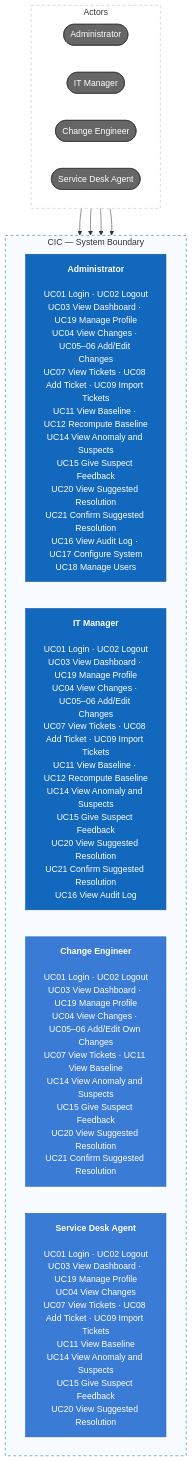
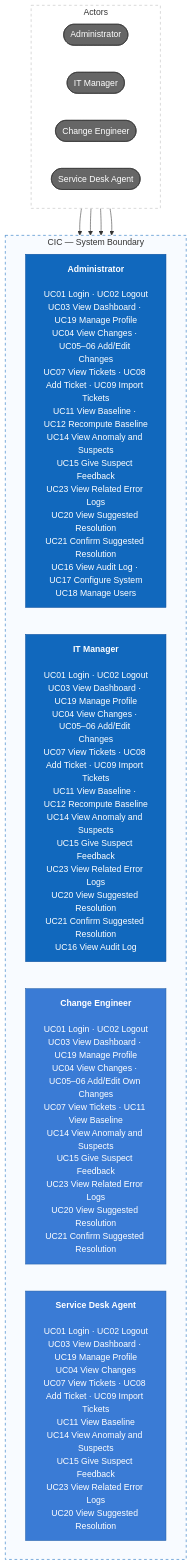
The first of 3 diagrams in README.md (DuykoNgu/practise), drawn with Mermaid before and after one commit. The commit also changed other lines of this file and 7 other files, not shown here.

First line of the commit message:
Bring error-log analysis into V1: scope, features, use cases, stories, IA, API

````diff
--- a/README.md
+++ b/README.md
@@ -47,32 +48,32 @@
 ```mermaid
 flowchart TB
     subgraph roles["Actors"]
         direction LR
         admin(["Administrator"])
         manager(["IT Manager"])
         engineer(["Change Engineer"])
         agent(["Service Desk Agent"])
     end
 
     subgraph system["CIC — System Boundary"]
         direction LR
-        adminCases["<b>Administrator</b><br/><br/>UC01 Login · UC02 Logout<br/>UC03 View Dashboard · UC19 Manage Profile<br/>UC04 View Changes · UC05–06 Add/Edit Changes<br/>UC07 View Tickets · UC08 Add Ticket · UC09 Import Tickets<br/>UC11 View Baseline · UC12 Recompute Baseline<br/>UC14 View Anomaly and Suspects<br/>UC15 Give Suspect Feedback<br/>UC20 View Suggested Resolution<br/>UC21 Confirm Suggested Resolution<br/>UC16 View Audit Log · UC17 Configure System<br/>UC18 Manage Users"]
-        managerCases["<b>IT Manager</b><br/><br/>UC01 Login · UC02 Logout<br/>UC03 View Dashboard · UC19 Manage Profile<br/>UC04 View Changes · UC05–06 Add/Edit Changes<br/>UC07 View Tickets · UC08 Add Ticket · UC09 Import Tickets<br/>UC11 View Baseline · UC12 Recompute Baseline<br/>UC14 View Anomaly and Suspects<br/>UC15 Give Suspect Feedback<br/>UC20 View Suggested Resolution<br/>UC21 Confirm Suggested Resolution<br/>UC16 View Audit Log"]
-        engineerCases["<b>Change Engineer</b><br/><br/>UC01 Login · UC02 Logout<br/>UC03 View Dashboard · UC19 Manage Profile<br/>UC04 View Changes · UC05–06 Add/Edit Own Changes<br/>UC07 View Tickets · UC11 View Baseline<br/>UC14 View Anomaly and Suspects<br/>UC15 Give Suspect Feedback<br/>UC20 View Suggested Resolution<br/>UC21 Confirm Suggested Resolution"]
-        agentCases["<b>Service Desk Agent</b><br/><br/>UC01 Login · UC02 Logout<br/>UC03 View Dashboard · UC19 Manage Profile<br/>UC04 View Changes<br/>UC07 View Tickets · UC08 Add Ticket · UC09 Import Tickets<br/>UC11 View Baseline<br/>UC14 View Anomaly and Suspects<br/>UC15 Give Suspect Feedback<br/>UC20 View Suggested Resolution"]
+        adminCases["<b>Administrator</b><br/><br/>UC01 Login · UC02 Logout<br/>UC03 View Dashboard · UC19 Manage Profile<br/>UC04 View Changes · UC05–06 Add/Edit Changes<br/>UC07 View Tickets · UC08 Add Ticket · UC09 Import Tickets<br/>UC11 View Baseline · UC12 Recompute Baseline<br/>UC14 View Anomaly and Suspects<br/>UC15 Give Suspect Feedback<br/>UC23 View Related Error Logs<br/>UC20 View Suggested Resolution<br/>UC21 Confirm Suggested Resolution<br/>UC16 View Audit Log · UC17 Configure System<br/>UC18 Manage Users"]
+        managerCases["<b>IT Manager</b><br/><br/>UC01 Login · UC02 Logout<br/>UC03 View Dashboard · UC19 Manage Profile<br/>UC04 View Changes · UC05–06 Add/Edit Changes<br/>UC07 View Tickets · UC08 Add Ticket · UC09 Import Tickets<br/>UC11 View Baseline · UC12 Recompute Baseline<br/>UC14 View Anomaly and Suspects<br/>UC15 Give Suspect Feedback<br/>UC23 View Related Error Logs<br/>UC20 View Suggested Resolution<br/>UC21 Confirm Suggested Resolution<br/>UC16 View Audit Log"]
+        engineerCases["<b>Change Engineer</b><br/><br/>UC01 Login · UC02 Logout<br/>UC03 View Dashboard · UC19 Manage Profile<br/>UC04 View Changes · UC05–06 Add/Edit Own Changes<br/>UC07 View Tickets · UC11 View Baseline<br/>UC14 View Anomaly and Suspects<br/>UC15 Give Suspect Feedback<br/>UC23 View Related Error Logs<br/>UC20 View Suggested Resolution<br/>UC21 Confirm Suggested Resolution"]
+        agentCases["<b>Service Desk Agent</b><br/><br/>UC01 Login · UC02 Logout<br/>UC03 View Dashboard · UC19 Manage Profile<br/>UC04 View Changes<br/>UC07 View Tickets · UC08 Add Ticket · UC09 Import Tickets<br/>UC11 View Baseline<br/>UC14 View Anomaly and Suspects<br/>UC15 Give Suspect Feedback<br/>UC23 View Related Error Logs<br/>UC20 View Suggested Resolution"]
     end
 
     admin --> adminCases
     manager --> managerCases
     engineer --> engineerCases
     agent --> agentCases
 
     classDef actor fill:#666,color:#fff,stroke:#333
     classDef primary fill:#1168bd,color:#fff,stroke:#0b4f9e
     classDef standard fill:#3a7bd5,color:#fff,stroke:#245fa8
     class admin,manager,engineer,agent actor
     class adminCases,managerCases primary
     class engineerCases,agentCases standard
     style roles fill:#fff,stroke:#bbb,stroke-dasharray:5 5
     style system fill:#f8fbff,stroke:#1168bd,stroke-dasharray:5 5
 ```
````
